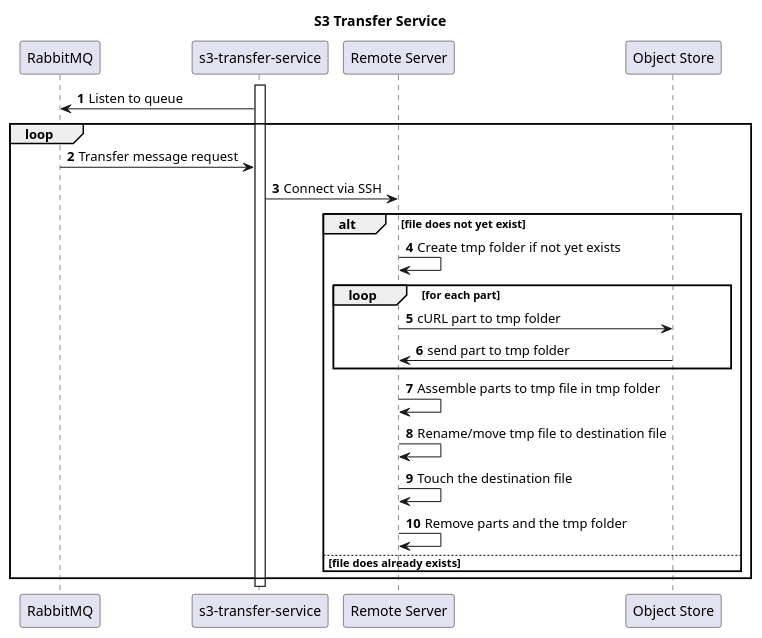
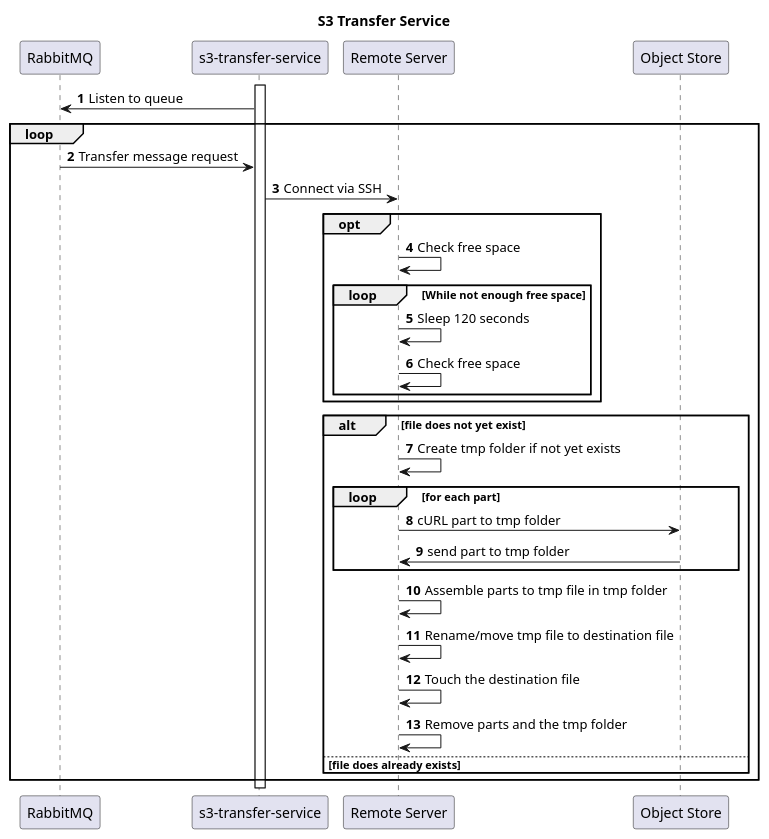
Before and after one commit to viaacode/transfer-service: the diagram in docs/s3-t-s_sequence-diagram.plantuml, drawn with PlantUML. The commit also changed 5 other files, not shown here.

First line of the commit message:
DEV-1389 Add optional free space check

```diff
--- a/docs/s3-t-s_sequence-diagram.plantuml
+++ b/docs/s3-t-s_sequence-diagram.plantuml
@@ -1,31 +1,38 @@
 @startuml s3-transfer-service
 
 autonumber
 
 title S3 Transfer Service
 
 participant rabbit as "RabbitMQ"
 participant sts as "s3-transfer-service"
 participant tra as "Remote Server"
 participant os as "Object Store"
 
 activate sts
 sts -> rabbit: Listen to queue
 loop
     rabbit -> sts: Transfer message request
     sts -> tra: Connect via SSH
+    opt
+        tra -> tra: Check free space
+        loop While not enough free space
+                tra -> tra: Sleep 120 seconds
+                tra -> tra: Check free space
+        end
+    end
     alt file does not yet exist
         tra -> tra: Create tmp folder if not yet exists
         loop for each part
-	    tra -> os: cURL part to tmp folder
-	    os -> tra: send part to tmp folder
+        tra -> os: cURL part to tmp folder
+        os -> tra: send part to tmp folder
         end
         tra -> tra: Assemble parts to tmp file in tmp folder
         tra -> tra: Rename/move tmp file to destination file
         tra -> tra: Touch the destination file
         tra -> tra: Remove parts and the tmp folder
     else file does already exists
     end
 end
 
 @enduml
```
